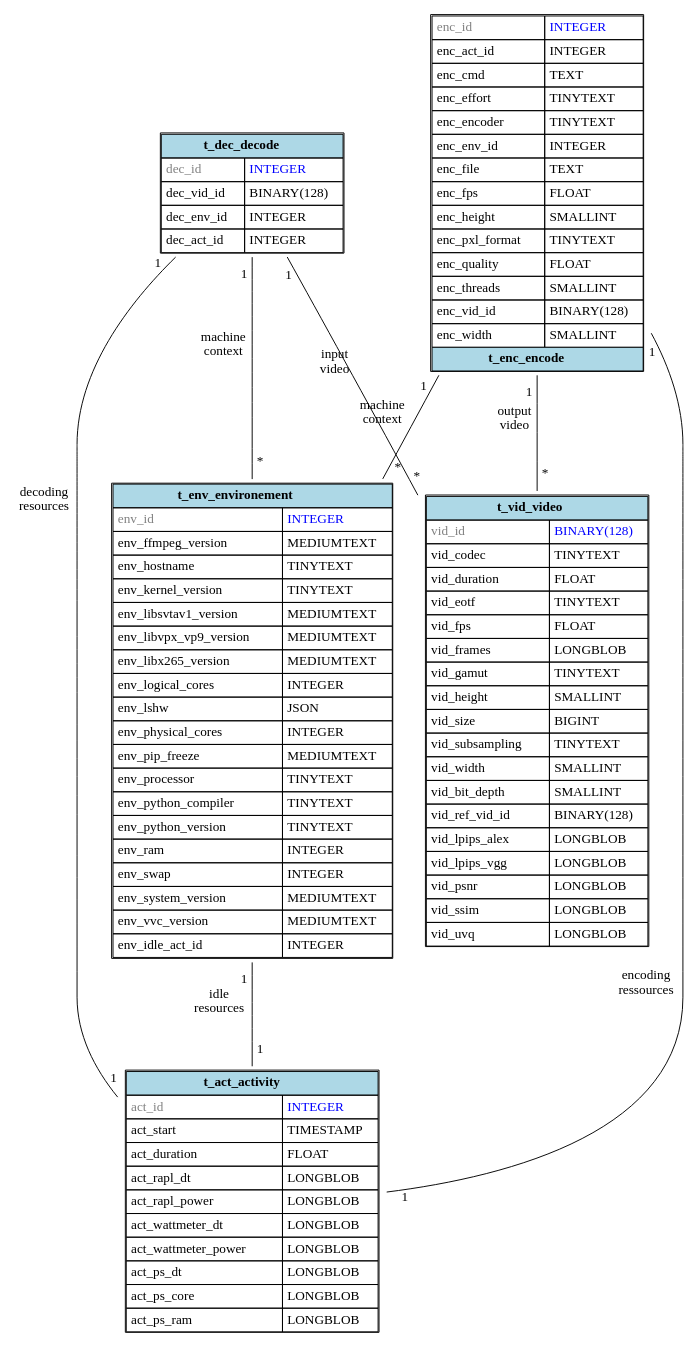
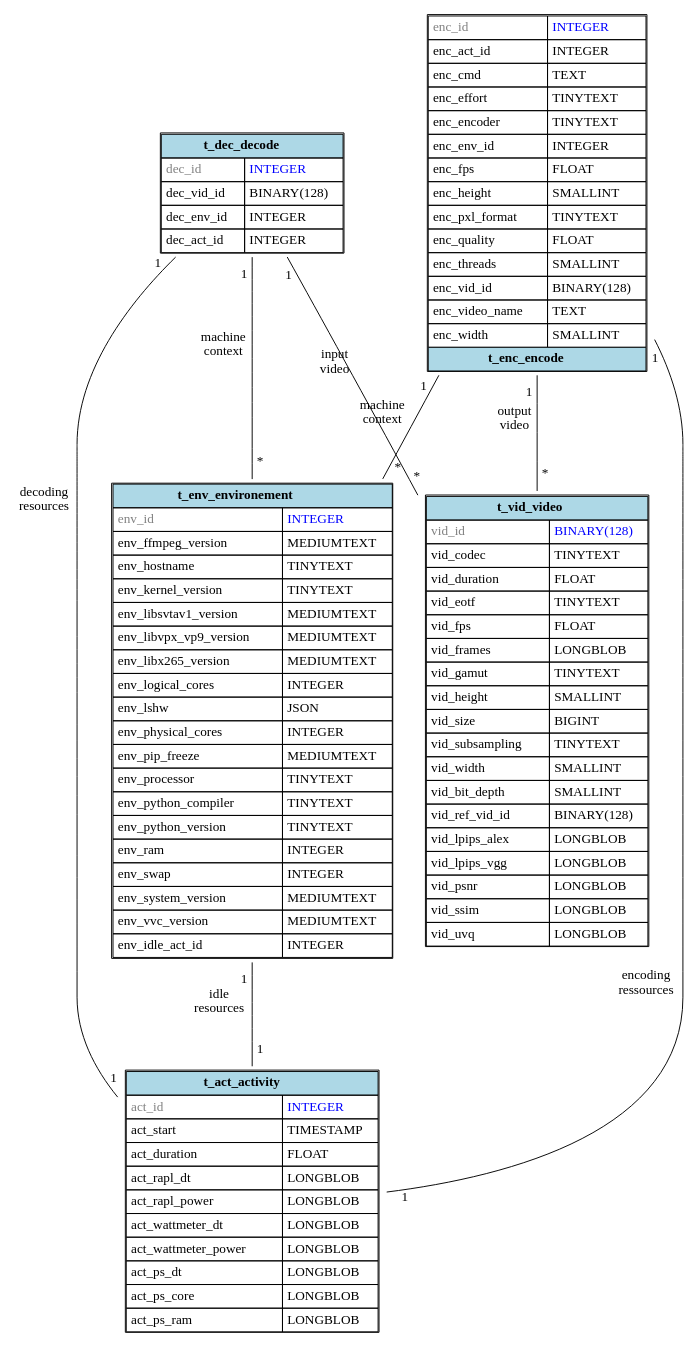
The diagram in docs/images/database.dot (robinechuca/mendevi), drawn with Graphviz before and after one commit. The commit also changed 6 other files, not shown here.

```diff
--- a/docs/images/database.dot
+++ b/docs/images/database.dot
@@ -1,111 +1,111 @@
 # dot -Tsvg database.dot > database.svg
 graph database {
   node [shape=plaintext]
   t_act_activity [
     label=<
       <TABLE BORDER="1" CELLBORDER="1" CELLSPACING="0" CELLPADDING="4">
         <TR><TD COLSPAN="2" BGCOLOR="lightblue"><B>t_act_activity</B></TD></TR>
         <TR><TD ALIGN="LEFT"><FONT COLOR="gray">act_id</FONT></TD><TD ALIGN="LEFT"><FONT COLOR="blue">INTEGER</FONT></TD></TR>
         <TR><TD ALIGN="LEFT">act_start</TD><TD ALIGN="LEFT">TIMESTAMP</TD></TR>
         <TR><TD ALIGN="LEFT">act_duration</TD><TD ALIGN="LEFT">FLOAT</TD></TR>
         <TR><TD ALIGN="LEFT">act_rapl_dt</TD><TD ALIGN="LEFT">LONGBLOB</TD></TR>
         <TR><TD ALIGN="LEFT">act_rapl_power</TD><TD ALIGN="LEFT">LONGBLOB</TD></TR>
         <TR><TD ALIGN="LEFT">act_wattmeter_dt</TD><TD ALIGN="LEFT">LONGBLOB</TD></TR>
         <TR><TD ALIGN="LEFT">act_wattmeter_power</TD><TD ALIGN="LEFT">LONGBLOB</TD></TR>
         <TR><TD ALIGN="LEFT">act_ps_dt</TD><TD ALIGN="LEFT">LONGBLOB</TD></TR>
         <TR><TD ALIGN="LEFT">act_ps_core</TD><TD ALIGN="LEFT">LONGBLOB</TD></TR>
         <TR><TD ALIGN="LEFT">act_ps_ram</TD><TD ALIGN="LEFT">LONGBLOB</TD></TR>
       </TABLE>
     >
   ];
   t_vid_video [
     label=<
       <TABLE BORDER="1" CELLBORDER="1" CELLSPACING="0" CELLPADDING="4">
         <TR><TD COLSPAN="2" BGCOLOR="lightblue"><B>t_vid_video</B></TD></TR>
         <TR><TD ALIGN="LEFT"><FONT COLOR="gray">vid_id</FONT></TD><TD ALIGN="LEFT"><FONT COLOR="blue">BINARY(128)</FONT></TD></TR>
         <TR><TD ALIGN="LEFT">vid_codec</TD><TD ALIGN="LEFT">TINYTEXT</TD></TR>
         <TR><TD ALIGN="LEFT">vid_duration</TD><TD ALIGN="LEFT">FLOAT</TD></TR>
         <TR><TD ALIGN="LEFT">vid_eotf</TD><TD ALIGN="LEFT">TINYTEXT</TD></TR>
         <TR><TD ALIGN="LEFT">vid_fps</TD><TD ALIGN="LEFT">FLOAT</TD></TR>
         <TR><TD ALIGN="LEFT">vid_frames</TD><TD ALIGN="LEFT">LONGBLOB</TD></TR>
         <TR><TD ALIGN="LEFT">vid_gamut</TD><TD ALIGN="LEFT">TINYTEXT</TD></TR>
         <TR><TD ALIGN="LEFT">vid_height</TD><TD ALIGN="LEFT">SMALLINT</TD></TR>
         <TR><TD ALIGN="LEFT">vid_size</TD><TD ALIGN="LEFT">BIGINT</TD></TR>
         <TR><TD ALIGN="LEFT">vid_subsampling</TD><TD ALIGN="LEFT">TINYTEXT</TD></TR>
         <TR><TD ALIGN="LEFT">vid_width</TD><TD ALIGN="LEFT">SMALLINT</TD></TR>
         <TR><TD ALIGN="LEFT">vid_bit_depth</TD><TD ALIGN="LEFT">SMALLINT</TD></TR>
         <TR><TD ALIGN="LEFT">vid_ref_vid_id</TD><TD ALIGN="LEFT">BINARY(128)</TD></TR>
         <TR><TD ALIGN="LEFT">vid_lpips_alex</TD><TD ALIGN="LEFT">LONGBLOB</TD></TR>
         <TR><TD ALIGN="LEFT">vid_lpips_vgg</TD><TD ALIGN="LEFT">LONGBLOB</TD></TR>
         <TR><TD ALIGN="LEFT">vid_psnr</TD><TD ALIGN="LEFT">LONGBLOB</TD></TR>
         <TR><TD ALIGN="LEFT">vid_ssim</TD><TD ALIGN="LEFT">LONGBLOB</TD></TR>
         <TR><TD ALIGN="LEFT">vid_uvq</TD><TD ALIGN="LEFT">LONGBLOB</TD></TR>
       </TABLE>
     >
   ];
   t_env_environement [
     label=<
       <TABLE BORDER="1" CELLBORDER="1" CELLSPACING="0" CELLPADDING="4">
         <TR><TD COLSPAN="2" BGCOLOR="lightblue"><B>t_env_environement</B></TD></TR>
         <TR><TD ALIGN="LEFT"><FONT COLOR="gray">env_id</FONT></TD><TD ALIGN="LEFT"><FONT COLOR="blue">INTEGER</FONT></TD></TR>
         <TR><TD ALIGN="LEFT">env_ffmpeg_version</TD><TD ALIGN="LEFT">MEDIUMTEXT</TD></TR>
         <TR><TD ALIGN="LEFT">env_hostname</TD><TD ALIGN="LEFT">TINYTEXT</TD></TR>
         <TR><TD ALIGN="LEFT">env_kernel_version</TD><TD ALIGN="LEFT">TINYTEXT</TD></TR>
         <TR><TD ALIGN="LEFT">env_libsvtav1_version</TD><TD ALIGN="LEFT">MEDIUMTEXT</TD></TR>
         <TR><TD ALIGN="LEFT">env_libvpx_vp9_version</TD><TD ALIGN="LEFT">MEDIUMTEXT</TD></TR>
         <TR><TD ALIGN="LEFT">env_libx265_version</TD><TD ALIGN="LEFT">MEDIUMTEXT</TD></TR>
         <TR><TD ALIGN="LEFT">env_logical_cores</TD><TD ALIGN="LEFT">INTEGER</TD></TR>
         <TR><TD ALIGN="LEFT">env_lshw</TD><TD ALIGN="LEFT">JSON</TD></TR>
         <TR><TD ALIGN="LEFT">env_physical_cores</TD><TD ALIGN="LEFT">INTEGER</TD></TR>
         <TR><TD ALIGN="LEFT">env_pip_freeze</TD><TD ALIGN="LEFT">MEDIUMTEXT</TD></TR>
         <TR><TD ALIGN="LEFT">env_processor</TD><TD ALIGN="LEFT">TINYTEXT</TD></TR>
         <TR><TD ALIGN="LEFT">env_python_compiler</TD><TD ALIGN="LEFT">TINYTEXT</TD></TR>
         <TR><TD ALIGN="LEFT">env_python_version</TD><TD ALIGN="LEFT">TINYTEXT</TD></TR>
         <TR><TD ALIGN="LEFT">env_ram</TD><TD ALIGN="LEFT">INTEGER</TD></TR>
         <TR><TD ALIGN="LEFT">env_swap</TD><TD ALIGN="LEFT">INTEGER</TD></TR>
         <TR><TD ALIGN="LEFT">env_system_version</TD><TD ALIGN="LEFT">MEDIUMTEXT</TD></TR>
         <TR><TD ALIGN="LEFT">env_vvc_version</TD><TD ALIGN="LEFT">MEDIUMTEXT</TD></TR>
         <TR><TD ALIGN="LEFT">env_idle_act_id</TD><TD ALIGN="LEFT">INTEGER</TD></TR>
       </TABLE>
     >
   ];
   t_dec_decode [
     label=<
       <TABLE BORDER="1" CELLBORDER="1" CELLSPACING="0" CELLPADDING="4">
         <TR><TD COLSPAN="2" BGCOLOR="lightblue"><B>t_dec_decode</B></TD></TR>
         <TR><TD ALIGN="LEFT"><FONT COLOR="gray">dec_id</FONT></TD><TD ALIGN="LEFT"><FONT COLOR="blue">INTEGER</FONT></TD></TR>
         <TR><TD ALIGN="LEFT">dec_vid_id</TD><TD ALIGN="LEFT">BINARY(128)</TD></TR>
         <TR><TD ALIGN="LEFT">dec_env_id</TD><TD ALIGN="LEFT">INTEGER</TD></TR>
         <TR><TD ALIGN="LEFT">dec_act_id</TD><TD ALIGN="LEFT">INTEGER</TD></TR>
       </TABLE>
     >
   ];
   t_enc_encode [
     label=<
       <TABLE BORDER="1" CELLBORDER="1" CELLSPACING="0" CELLPADDING="4">
         <TR><TD ALIGN="LEFT"><FONT COLOR="gray">enc_id</FONT></TD><TD ALIGN="LEFT"><FONT COLOR="blue">INTEGER</FONT></TD></TR>
         <TR><TD ALIGN="LEFT">enc_act_id</TD><TD ALIGN="LEFT">INTEGER</TD></TR>
         <TR><TD ALIGN="LEFT">enc_cmd</TD><TD ALIGN="LEFT">TEXT</TD></TR>
         <TR><TD ALIGN="LEFT">enc_effort</TD><TD ALIGN="LEFT">TINYTEXT</TD></TR>
         <TR><TD ALIGN="LEFT">enc_encoder</TD><TD ALIGN="LEFT">TINYTEXT</TD></TR>
         <TR><TD ALIGN="LEFT">enc_env_id</TD><TD ALIGN="LEFT">INTEGER</TD></TR>
-        <TR><TD ALIGN="LEFT">enc_file</TD><TD ALIGN="LEFT">TEXT</TD></TR>
         <TR><TD ALIGN="LEFT">enc_fps</TD><TD ALIGN="LEFT">FLOAT</TD></TR>
         <TR><TD ALIGN="LEFT">enc_height</TD><TD ALIGN="LEFT">SMALLINT</TD></TR>
         <TR><TD ALIGN="LEFT">enc_pxl_format</TD><TD ALIGN="LEFT">TINYTEXT</TD></TR>
         <TR><TD ALIGN="LEFT">enc_quality</TD><TD ALIGN="LEFT">FLOAT</TD></TR>
         <TR><TD ALIGN="LEFT">enc_threads</TD><TD ALIGN="LEFT">SMALLINT</TD></TR>
         <TR><TD ALIGN="LEFT">enc_vid_id</TD><TD ALIGN="LEFT">BINARY(128)</TD></TR>
+        <TR><TD ALIGN="LEFT">enc_video_name</TD><TD ALIGN="LEFT">TEXT</TD></TR>
         <TR><TD ALIGN="LEFT">enc_width</TD><TD ALIGN="LEFT">SMALLINT</TD></TR>
         <TR><TD COLSPAN="2" BGCOLOR="lightblue"><B>t_enc_encode</B></TD></TR>
       </TABLE>
     >
   ];
   t_enc_encode -- t_act_activity [minlen=3, taillabel="1", headlabel="1", xlabel="encoding\nressources", labeldistance=2.0]
   t_enc_encode -- t_env_environement [minlen=3, taillabel="1", headlabel="*", xlabel="machine\ncontext", labeldistance=2.0]
   t_enc_encode -- t_vid_video [minlen=3, taillabel="1", headlabel="*", xlabel="output\nvideo", labeldistance=2.0]
   t_dec_decode -- t_act_activity [minlen=3, taillabel="1", headlabel="1", xlabel="decoding\nresources", labeldistance=2.0]
   t_dec_decode -- t_env_environement [minlen=3, taillabel="1", headlabel="*", xlabel="machine\ncontext", labeldistance=2.0]
   t_dec_decode -- t_vid_video [minlen=3, taillabel="1", headlabel="*", xlabel="input\nvideo", labeldistance=2.0]
   t_env_environement -- t_act_activity [minlen=3, taillabel="1", headlabel="1", xlabel="idle\nresources", labeldistance=2.0]
 }
```
